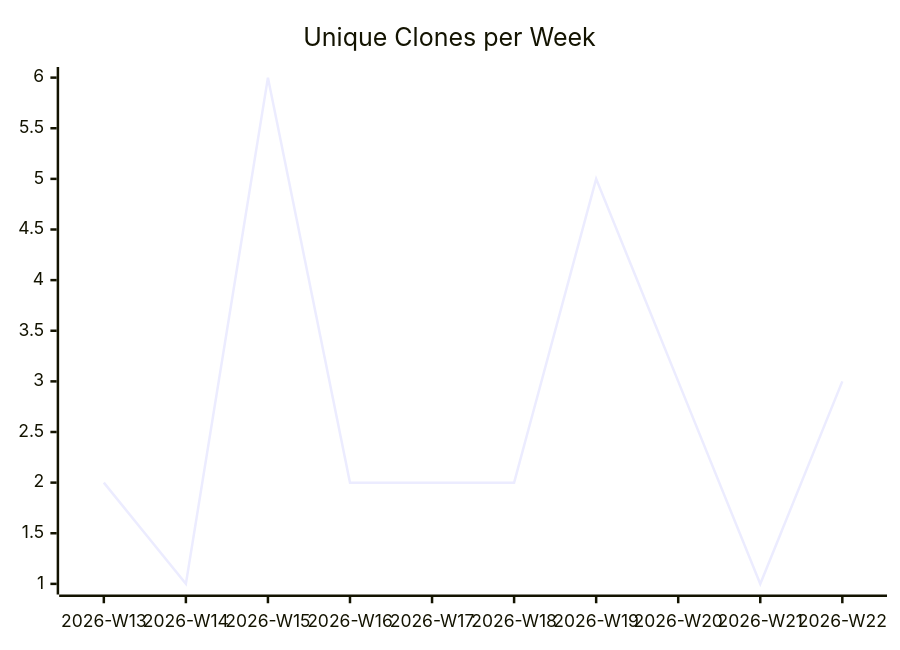
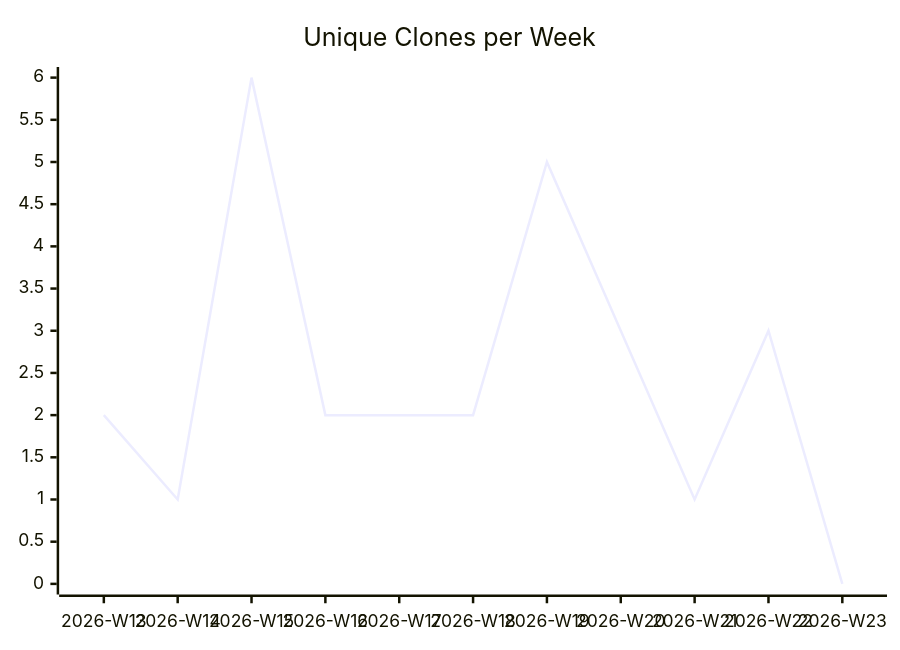
Before and after one commit to justdavis-family/github-analytics-data: the third of 3 diagrams in karlmdavis/m2e-core/README.md, drawn with Mermaid. The commit also changed other lines of this file and 186 other files, not shown here.

````diff
--- a/karlmdavis/m2e-core/README.md
+++ b/karlmdavis/m2e-core/README.md
@@ -19,6 +19,6 @@
 ```mermaid
 xychart-beta
   title "Unique Clones per Week"
-  x-axis ["2026-W13", "2026-W14", "2026-W15", "2026-W16", "2026-W17", "2026-W18", "2026-W19", "2026-W20", "2026-W21", "2026-W22"]
-  line [2, 1, 6, 2, 2, 2, 5, 3, 1, 3]
+  x-axis ["2026-W13", "2026-W14", "2026-W15", "2026-W16", "2026-W17", "2026-W18", "2026-W19", "2026-W20", "2026-W21", "2026-W22", "2026-W23"]
+  line [2, 1, 6, 2, 2, 2, 5, 3, 1, 3, 0]
 ```
````
